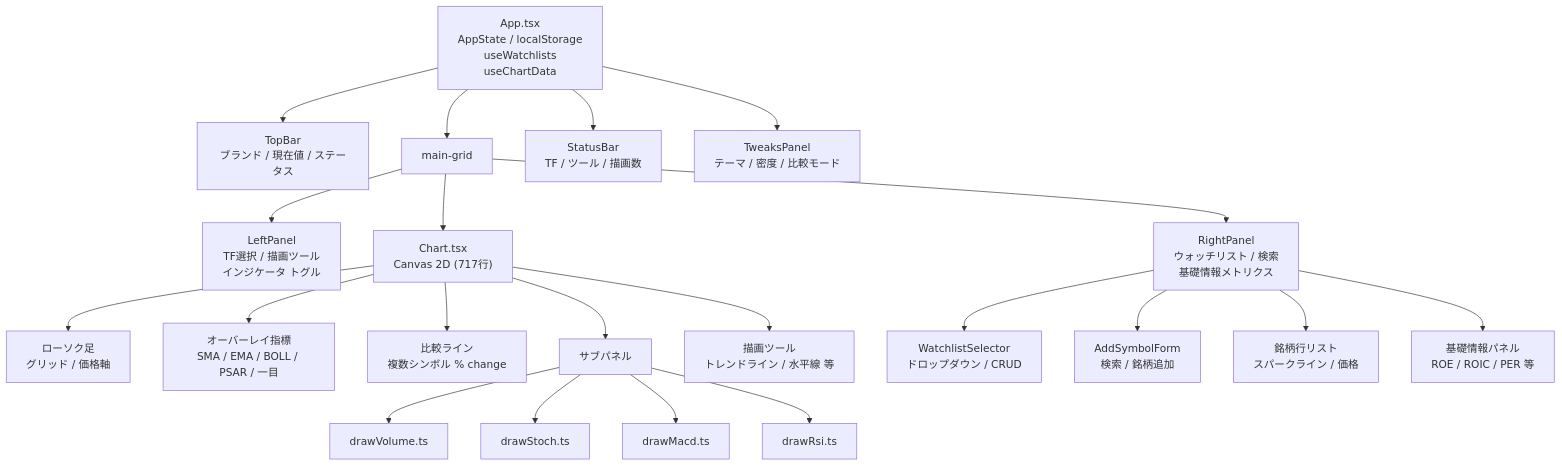
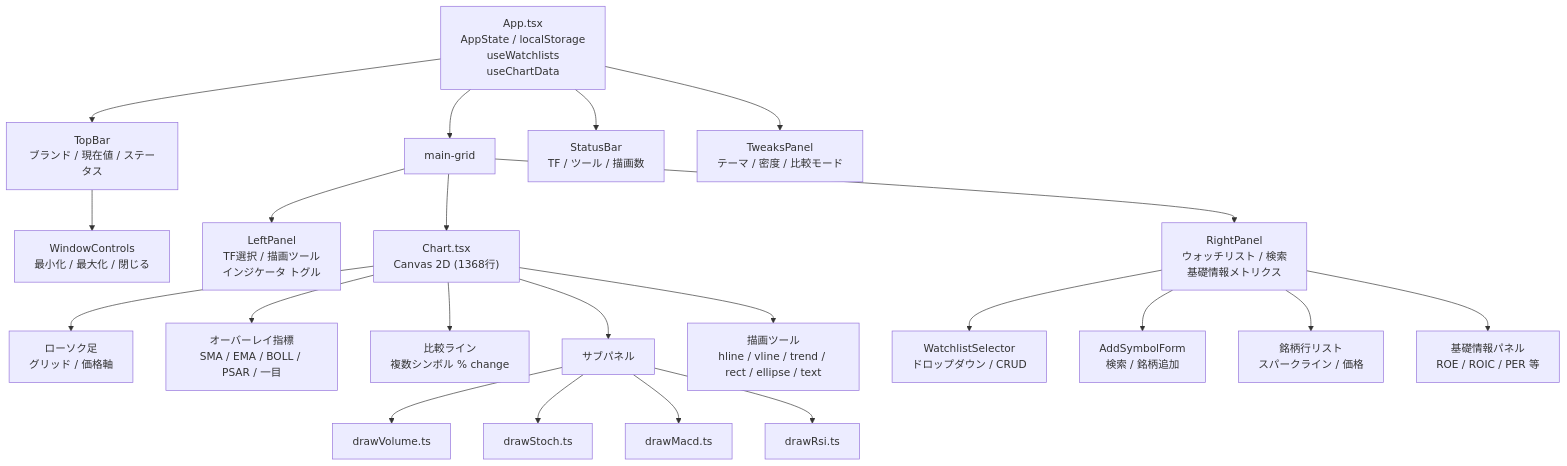
One commit to junkmaker/KANATA changed the third of 7 diagrams in docs/architecture.md. Above: the diagram before and after it, drawn with Mermaid. The commit also changed other lines of this file, not shown here.

Commit message:
docs: architecture.md 最新化

````diff
--- a/docs/architecture.md
+++ b/docs/architecture.md
@@ -74,29 +74,31 @@
 ```mermaid
 graph TD
     APP["App.tsx\nAppState / localStorage\nuseWatchlists\nuseChartData"]
 
     APP --> TOPBAR["TopBar\nブランド / 現在値 / ステータス"]
     APP --> MAIN["main-grid"]
     APP --> STATUSBAR["StatusBar\nTF / ツール / 描画数"]
     APP --> TWEAKS["TweaksPanel\nテーマ / 密度 / 比較モード"]
 
+    TOPBAR --> WC["WindowControls\n最小化 / 最大化 / 閉じる"]
+
     MAIN --> LP["LeftPanel\nTF選択 / 描画ツール\nインジケータ トグル"]
-    MAIN --> CHART["Chart.tsx\nCanvas 2D (717行)"]
+    MAIN --> CHART["Chart.tsx\nCanvas 2D (1368行)"]
     MAIN --> RP["RightPanel\nウォッチリスト / 検索\n基礎情報メトリクス"]
 
     CHART --> CANDLE["ローソク足\nグリッド / 価格軸"]
     CHART --> OVERLAY["オーバーレイ指標\nSMA / EMA / BOLL / PSAR / 一目"]
     CHART --> COMPARE["比較ライン\n複数シンボル % change"]
     CHART --> SUB["サブパネル"]
-    CHART --> DRAWING["描画ツール\nトレンドライン / 水平線 等"]
+    CHART --> DRAWING["描画ツール\nhline / vline / trend / rect / ellipse / text"]
 
     SUB --> VOL["drawVolume.ts"]
     SUB --> STOCH["drawStoch.ts"]
     SUB --> MACD["drawMacd.ts"]
     SUB --> RSI["drawRsi.ts"]
 
     RP --> WLS["WatchlistSelector\nドロップダウン / CRUD"]
     RP --> ASF["AddSymbolForm\n検索 / 銘柄追加"]
     RP --> TICKER["銘柄行リスト\nスパークライン / 価格"]
     RP --> FIN["基礎情報パネル\nROE / ROIC / PER 等"]
 ```
````
